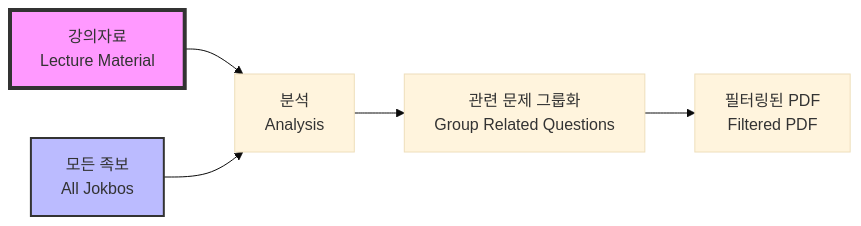
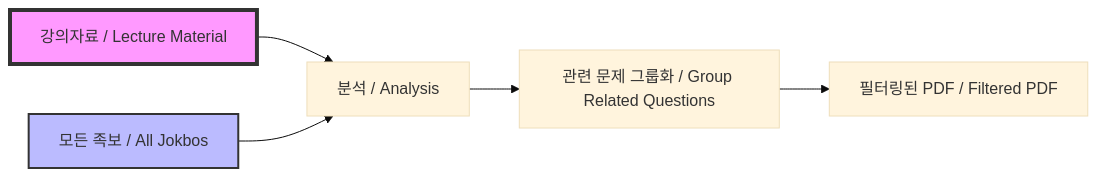
Before and after one commit to ksw6895/jokbodude: diagram 21 of 39 in architecture.md, drawn with Mermaid (base theme). The commit also changed other lines of this file, not shown here.

First line of the commit message:
fix: architecture.md Mermaid 다이어그램 파싱 오류 수정

````diff
--- a/architecture.md
+++ b/architecture.md
@@ -1178,10 +1178,10 @@
 ```mermaid
 graph LR
-    A[강의자료<br/>Lecture Material] --> B[분석<br/>Analysis]
-    C[모든 족보<br/>All Jokbos] --> B
-    B --> D[관련 문제 그룹화<br/>Group Related Questions]
-    D --> E[필터링된 PDF<br/>Filtered PDF]
+    A[강의자료 / Lecture Material] --> B[분석 / Analysis]
+    C[모든 족보 / All Jokbos] --> B
+    B --> D[관련 문제 그룹화 / Group Related Questions]
+    D --> E[필터링된 PDF / Filtered PDF]
     
     style A fill:#f9f,stroke:#333,stroke-width:4px
     style C fill:#bbf,stroke:#333,stroke-width:2px
 ```
````
